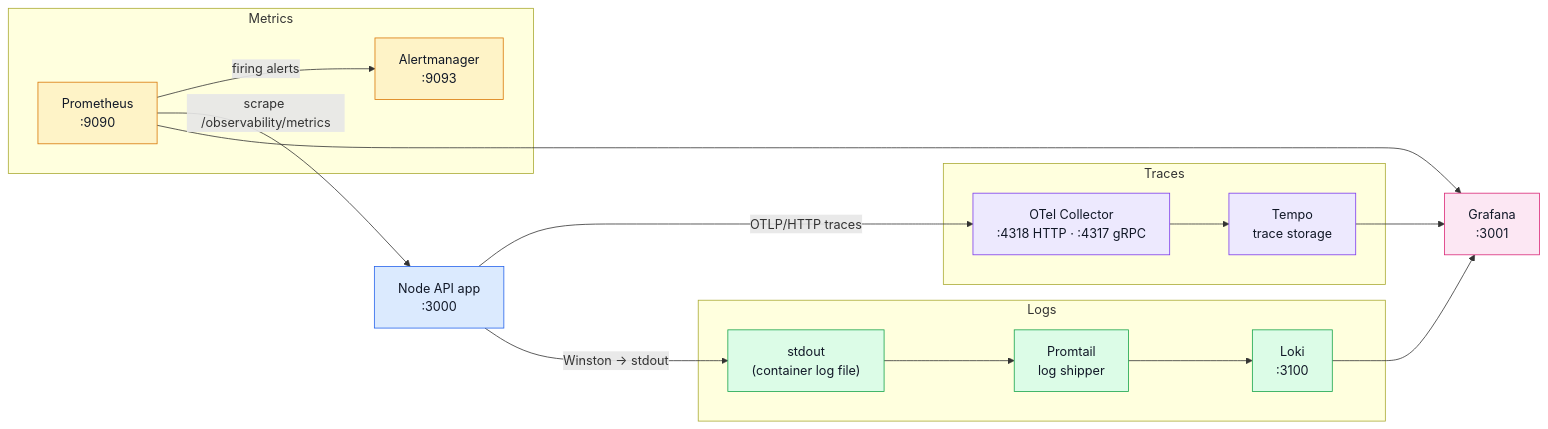
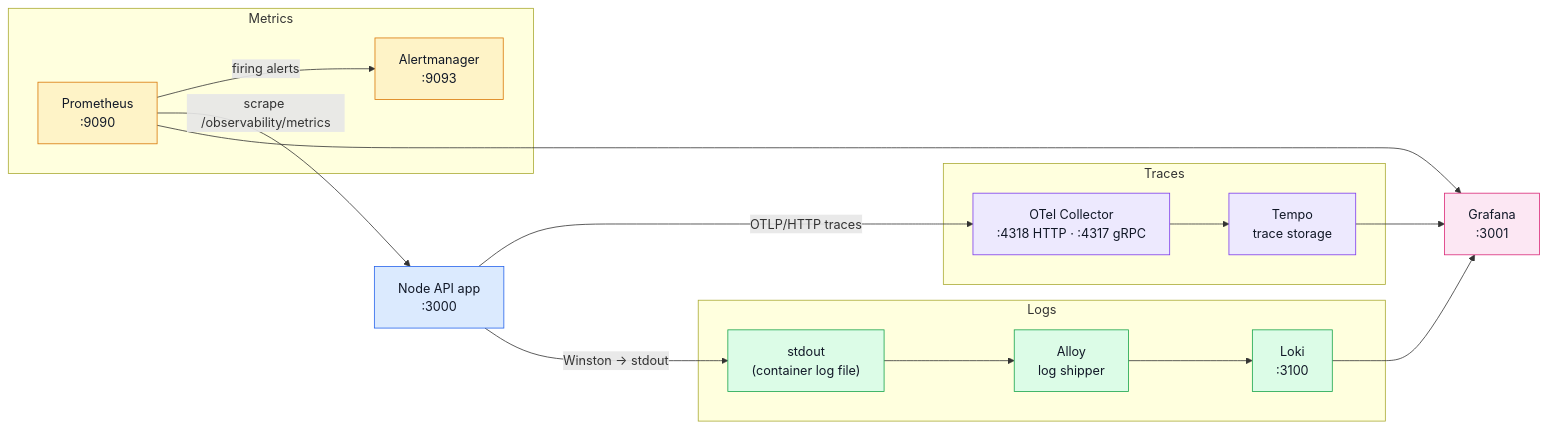
One commit to Guebbit/boilerplate-node-backend changed the diagram in docs/tools/observability-reference.md. Above: the diagram before and after it, drawn with Mermaid. The commit also changed other lines of this file and 24 other files, not shown here.

First line of the commit message:
refactor(observability): ship dev container logs with alloy, drop promtail

````diff
--- a/docs/tools/observability-reference.md
+++ b/docs/tools/observability-reference.md
@@ -7,45 +7,45 @@
 ```mermaid
 %%{init: {'flowchart': {'nodeSpacing': 55, 'rankSpacing': 75}}}%%
 flowchart LR
     App["Node API app\n:3000"]
 
     subgraph Traces["Traces"]
         OTel["OTel Collector\n:4318 HTTP · :4317 gRPC"]
         Tempo["Tempo\ntrace storage"]
         OTel --> Tempo
     end
 
     subgraph Metrics["Metrics"]
         Prom["Prometheus\n:9090"]
         Alert["Alertmanager\n:9093"]
         Prom -->|"firing alerts"| Alert
     end
 
     subgraph Logs["Logs"]
         Stdout["stdout\n(container log file)"]
-        Promtail["Promtail\nlog shipper"]
+        Alloy["Alloy\nlog shipper"]
         Loki["Loki\n:3100"]
-        Stdout --> Promtail --> Loki
+        Stdout --> Alloy --> Loki
     end
 
     Grafana["Grafana\n:3001"]
 
     App -->|"OTLP/HTTP traces"| OTel
     App -->|"Winston → stdout"| Stdout
     Prom -->|"scrape /observability/metrics"| App
     Tempo --> Grafana
     Prom --> Grafana
     Loki --> Grafana
 
     classDef app fill:#dbeafe,stroke:#2563eb,color:#111827;
     classDef traces fill:#ede9fe,stroke:#7c3aed,color:#111827;
     classDef metrics fill:#fef3c7,stroke:#d97706,color:#111827;
     classDef logs fill:#dcfce7,stroke:#16a34a,color:#111827;
     classDef ui fill:#fce7f3,stroke:#db2777,color:#111827;
 
     class App app;
     class OTel,Tempo traces;
     class Prom,Alert metrics;
-    class Stdout,Promtail,Loki logs;
+    class Stdout,Alloy,Loki logs;
     class Grafana ui;
 ```
````
